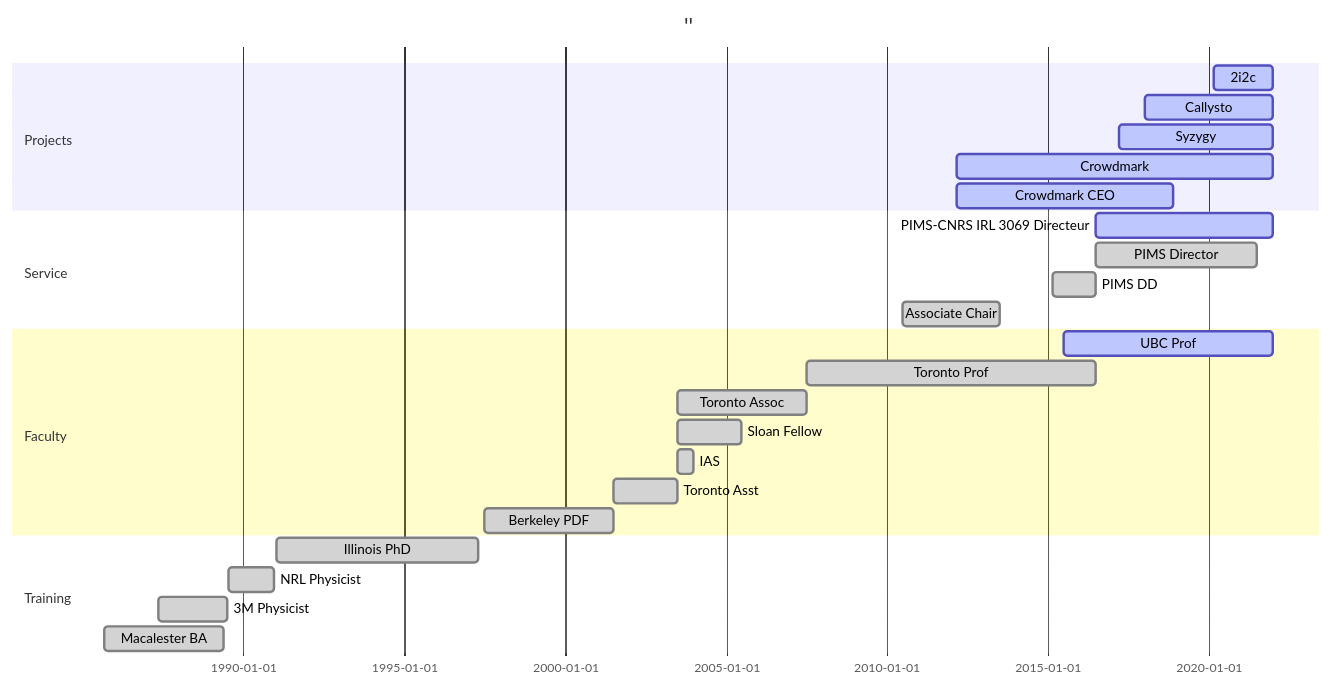
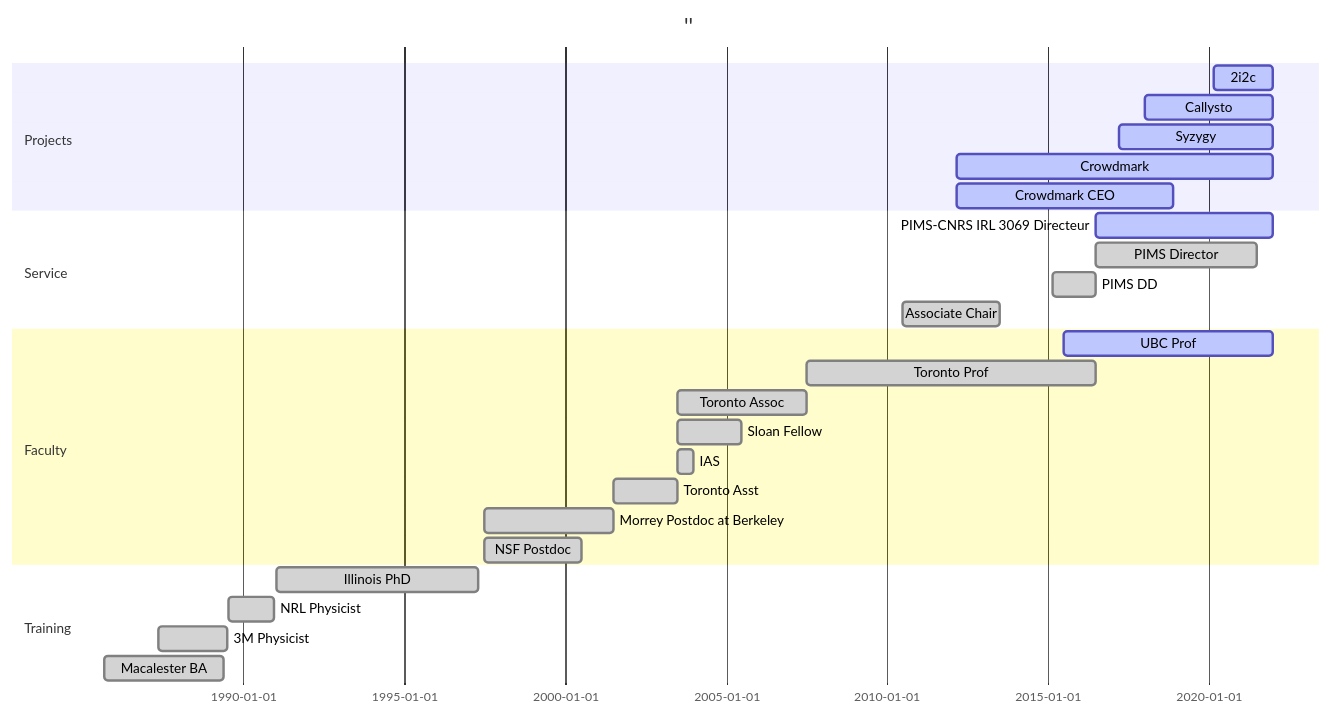
One commit to colliand/colliand-academic changed the diagram in content/home/gantt.md. Above: the diagram before and after it, drawn with Mermaid. The commit also changed 3 other files, not shown here.

````diff
--- a/content/home/gantt.md
+++ b/content/home/gantt.md
@@ -14,29 +14,30 @@
 ```mermaid
 gantt
     dateFormat  YYYY-MM-DD
     title       ''
     section Projects
     2i2c  :active, p5, 2020-02-25,2021-12-31
     Callysto :active, p4, 2018-01-15,2021-12-31
     Syzygy :active, p3, 2017-03-15, 2021-12-31
     Crowdmark :active, p2, 2012-03-01, 2021-12-31
     Crowdmark CEO :active, p1, 2012-03-01, 2018-11-30
     section Service 
     PIMS-CNRS IRL 3069 Directeur :active, 2016-07-01, 2021-12-31
     PIMS Director :done, a4, 2016-07-01, 2021-06-30
     PIMS DD :done, a3, 2015-03-01, 2016-06-30
     Associate Chair :done, a2, 2010-07-01, 2013-06-30
     section Faculty
     UBC Prof      :active, f6, 2015-07-01, 2021-12-31
     Toronto Prof  :done, f5, 2007-07-01, 2016-06-30
     Toronto Assoc :done, f2, 2003-07-01,2007-06-30
     Sloan Fellow  :done, f3, 2003-07-01, 2005-06-30
     IAS    :done, f4, 2003-07-01, 2003-12-31 
     Toronto Asst  :done, f1, 2001-07-03, 2003-06-30
-    Berkeley PDF  :done, t5, 1997-07-01, 2001-06-30
+    Morrey Postdoc at Berkeley  :done, t5, 1997-07-01, 2001-06-30
+    NSF Postdoc   :done, t6, 1997-07-01, 2000-06-30
     section Training
     Illinois PhD  :done, t4, 1991-01-15, 1997-04-15
     NRL Physicist :done, t3, 1989-07-15, 1990-12-15 
     3M Physicist     :done, t2, 1987-05-15, 1989-06-30
     Macalester BA :done, t1, 1985-09-01, 1989-05-15
 ```
````
